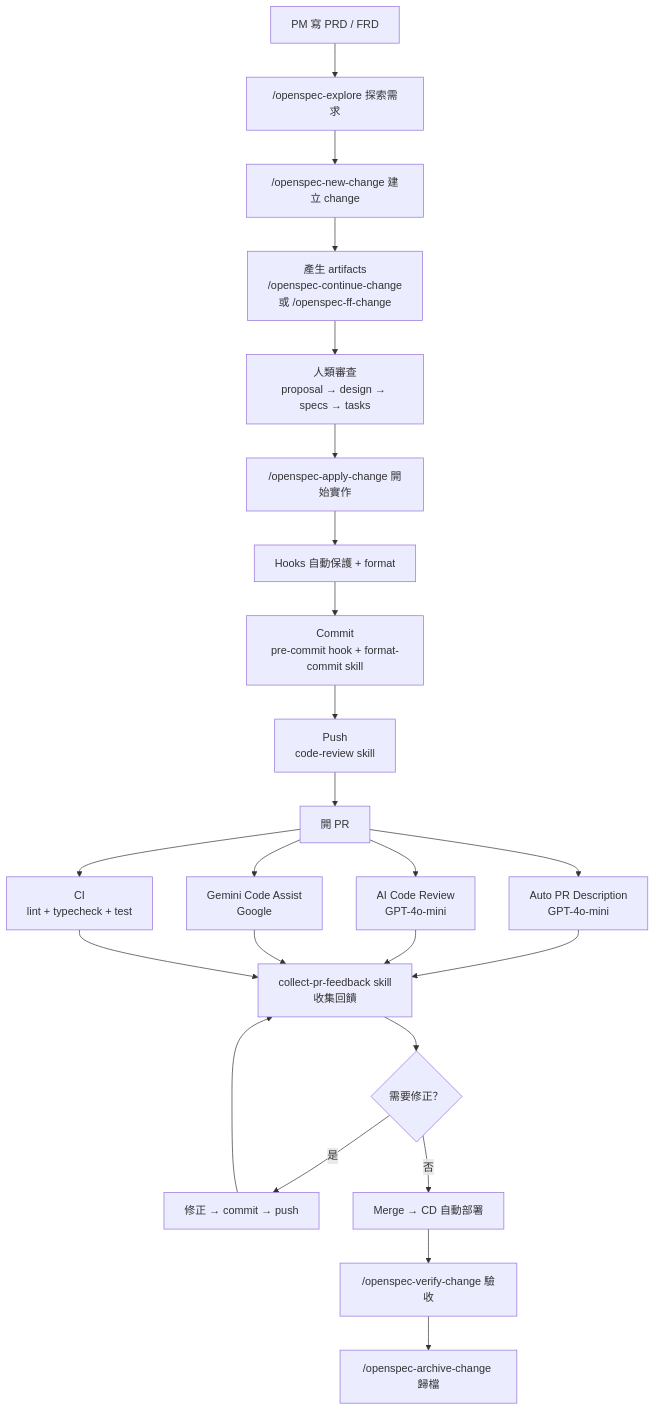
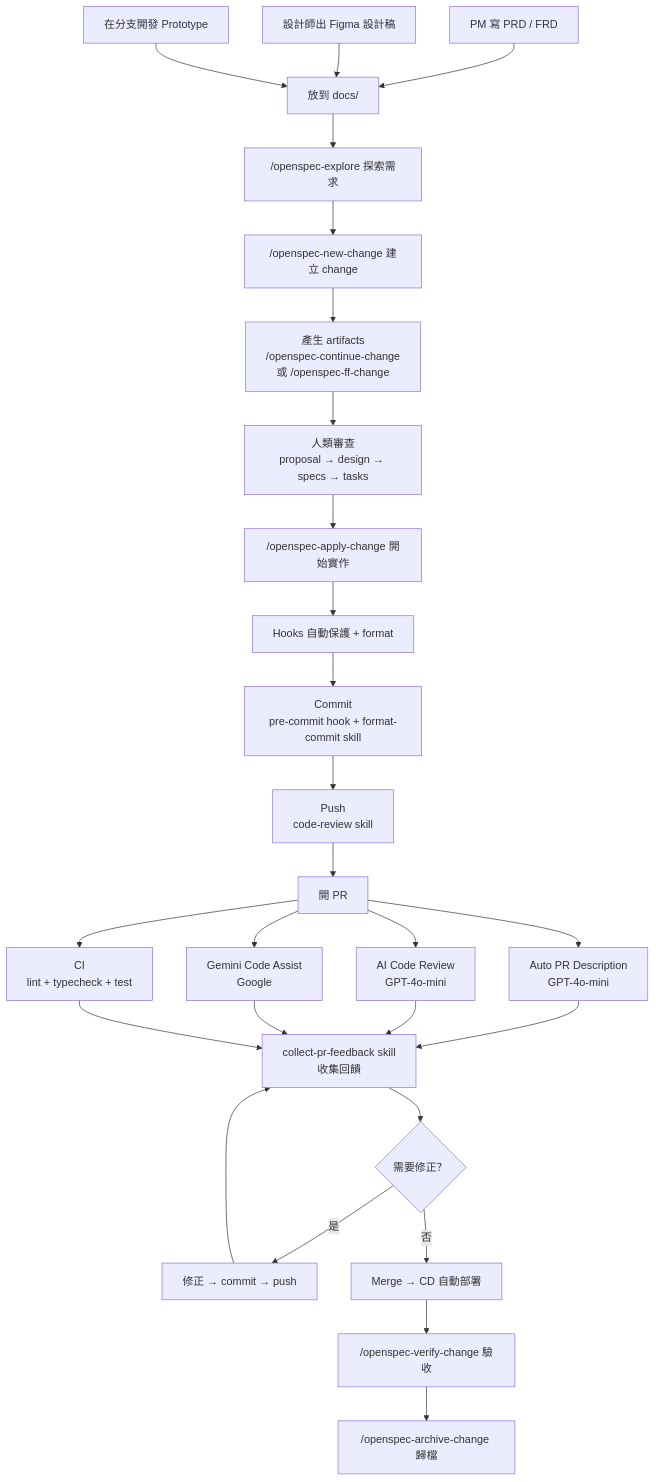
One commit to daodaoedu/daodao changed the diagram in docs/workflow.md. Above: the diagram before and after it, drawn with Mermaid. The commit also changed other lines of this file, not shown here.

````diff
--- a/docs/workflow.md
+++ b/docs/workflow.md
@@ -5,24 +5,27 @@
 ```mermaid
 flowchart TD
-    A[PM 寫 PRD / FRD] --> B["/openspec-explore 探索需求"]
+    A1[PM 寫 PRD / FRD] --> A4[放到 docs/]
+    A2[設計師出 Figma 設計稿] --> A4
+    A3[在分支開發 Prototype] --> A4
+    A4 --> B["/openspec-explore 探索需求"]
     B --> C["/openspec-new-change 建立 change"]
     C --> D["產生 artifacts<br/>/openspec-continue-change<br/>或 /openspec-ff-change"]
     D --> E["人類審查<br/>proposal → design → specs → tasks"]
     E --> F["/openspec-apply-change 開始實作"]
     F --> G["Hooks 自動保護 + format"]
     G --> H["Commit<br/>pre-commit hook + format-commit skill"]
     H --> I["Push<br/>code-review skill"]
     I --> J[開 PR]
 
     J --> K["Auto PR Description<br/>GPT-4o-mini"]
     J --> L["AI Code Review<br/>GPT-4o-mini"]
     J --> M["Gemini Code Assist<br/>Google"]
     J --> N["CI<br/>lint + typecheck + test"]
 
     K & L & M & N --> O["collect-pr-feedback skill<br/>收集回饋"]
     O --> P{需要修正？}
     P -- 是 --> Q[修正 → commit → push] --> O
     P -- 否 --> R[Merge → CD 自動部署]
     R --> S["/openspec-verify-change 驗收"]
     S --> T["/openspec-archive-change 歸檔"]
 ```
````
